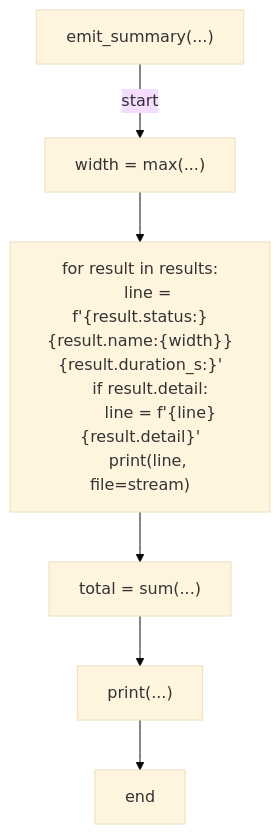
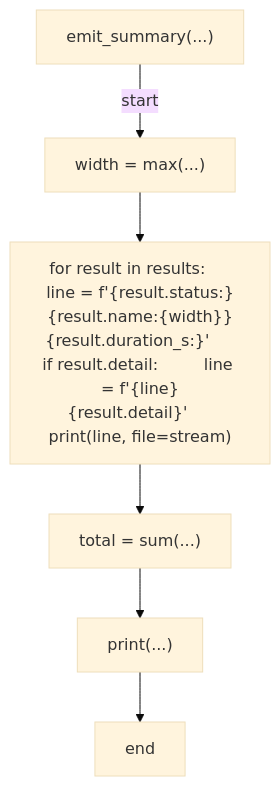
Before and after one commit to tvna/claude-md: the seventh of 10 diagrams in docs/generated/scripts/ast/preflight_all.md, drawn with Mermaid (base theme). The commit also changed other lines of this file and 29 other files, not shown here.

First line of the commit message:
docs(generated): regenerate decision tree and workflow diagrams (batch 3/5)

````diff
--- a/docs/generated/scripts/ast/preflight_all.md
+++ b/docs/generated/scripts/ast/preflight_all.md
@@ -187,18 +172,14 @@
 ```mermaid
 flowchart TD
     N001["emit_summary(...)"]
     N002["width = max(...)"]
-    N003["for result in results:
-    line = f'{result.status:<str>}<str>{result.name:<str>{width}}<str>{result.duration_s:<str>}<str>'
-    if result.detail:
-        line = f'{line}<str>{result.detail}'
-    print(line, file=stream)"]
+    N003["for result in results:     line = f'{result.status:<str>}<str>{result.name:<str>{width}}<str>{result.duration_s:<str>}<str>'     if result.detail:         line = f'{line}<str>{result.detail}'     print(line, file=stream)"]
     N004["total = sum(...)"]
     N005["print(...)"]
     N006["end"]
     N001 -->|"start"| N002
     N002 --> N003
     N003 --> N004
     N004 --> N005
     N005 --> N006
 ```
````
